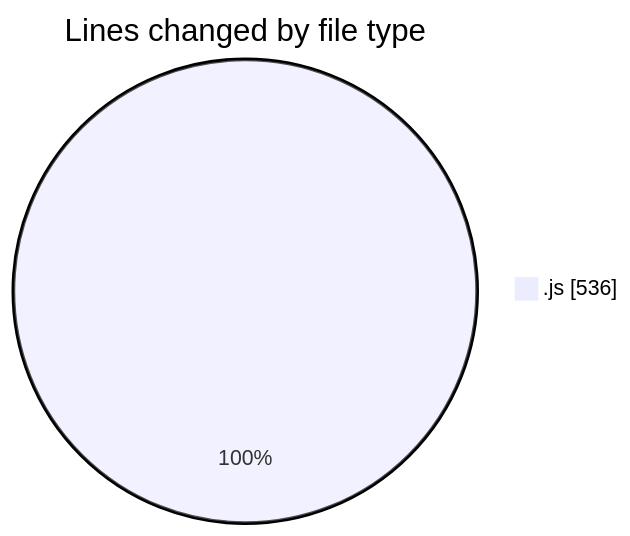
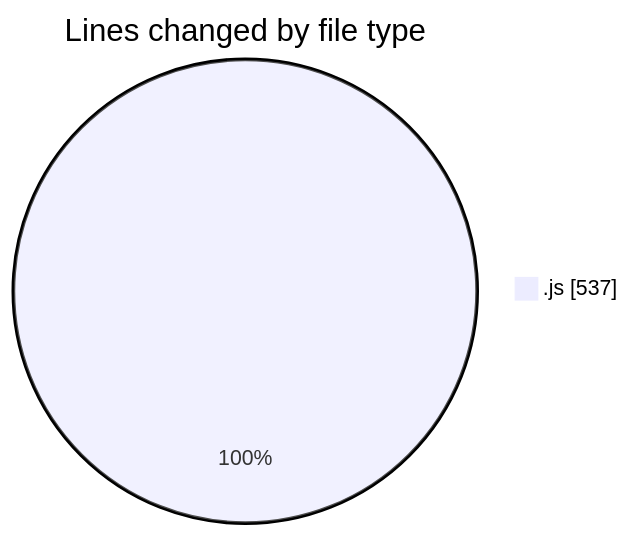
Before and after one commit to nxtqubesakshisongat/code-tracking: the first of 2 diagrams in 2025-10-31/nxtqube_webapp/README.md, drawn with Mermaid. The commit also changed other lines of this file and 1 other file, not shown here.

````diff
--- a/2025-10-31/nxtqube_webapp/README.md
+++ b/2025-10-31/nxtqube_webapp/README.md
@@ -22,5 +22,5 @@
 ```mermaid
 pie showData
 title Lines changed by file type
-".js" : 536
+".js" : 537
 ```
````
